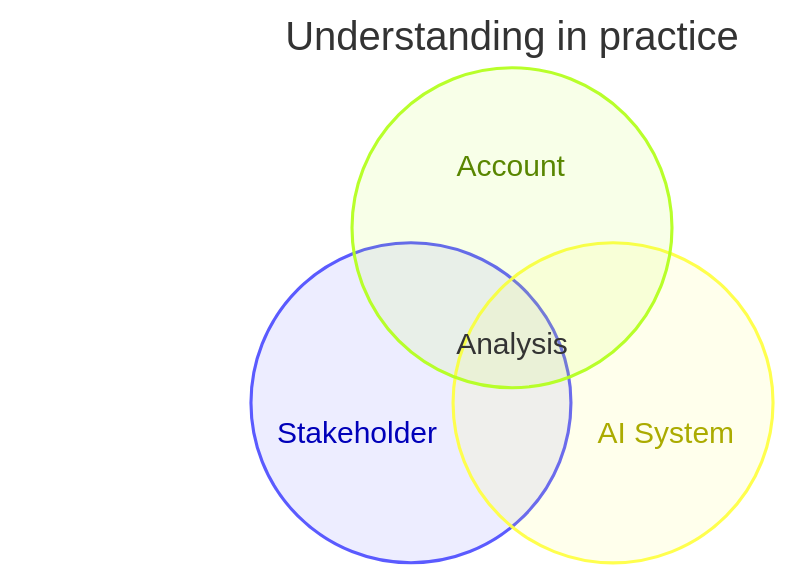
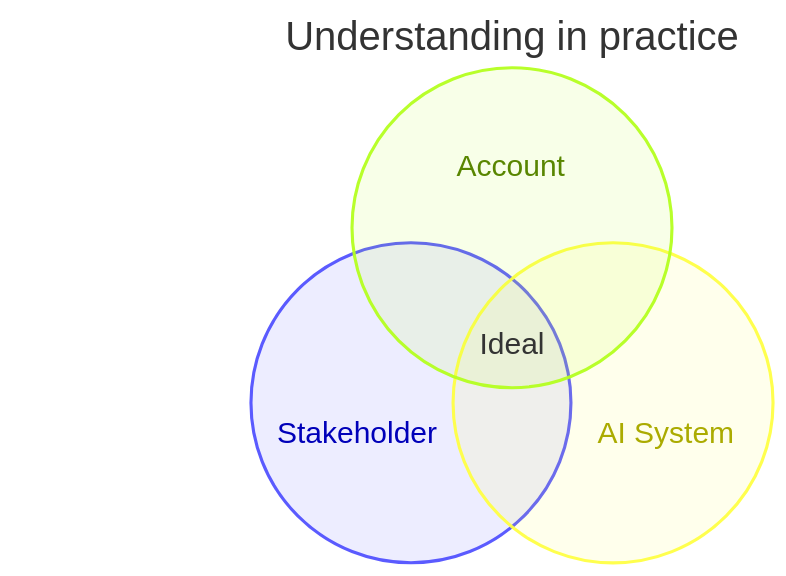
One commit to santi-mir/posts changed the diagram in src/systems_that_learn/machine_understanding_2.md. Above: the diagram before and after it, drawn with Mermaid. The commit also changed other lines of this file and 28 other files, not shown here.

````diff
--- a/src/systems_that_learn/machine_understanding_2.md
+++ b/src/systems_that_learn/machine_understanding_2.md
@@ -75,8 +62,8 @@
 ```mermaid
 venn-beta
   title Understanding in practice
   set Stakeholder
   set "AI System"
   set Account
-  union Stakeholder,Account,"AI System"["Analysis"]
+  union Stakeholder,Account,"AI System"["Ideal"]
 ```
````
